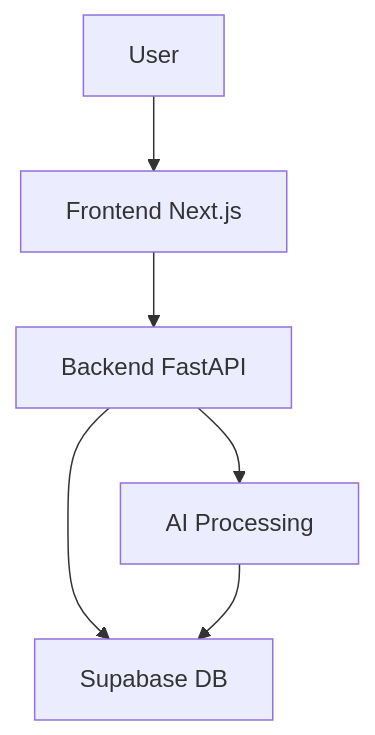
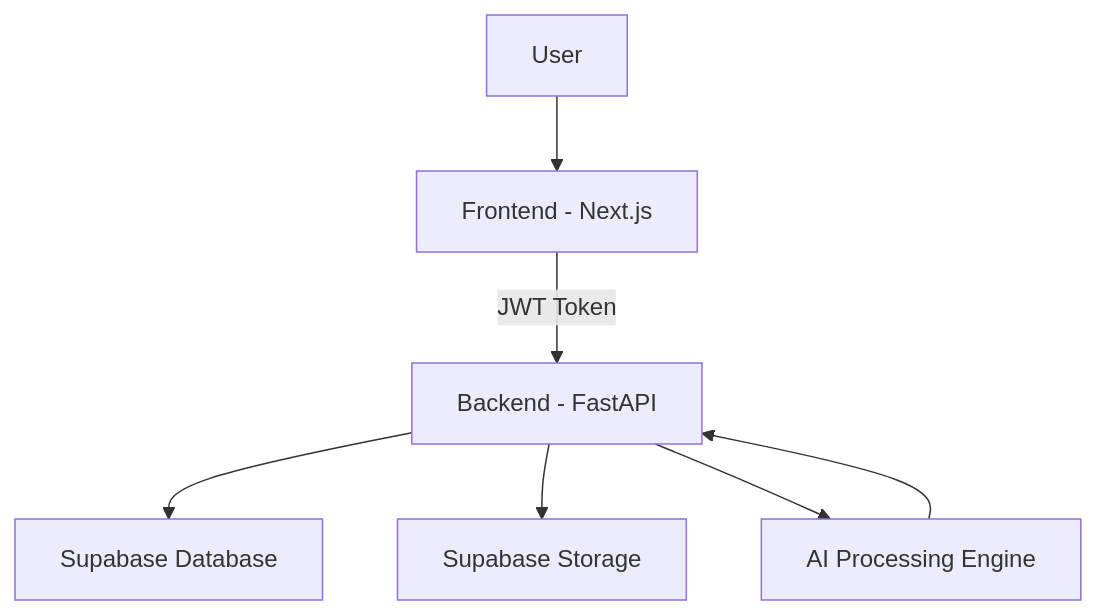
The diagram in README.md (sufiyan1406/ALIA---Ai-Life-Admin-Assistant), drawn with Mermaid before and after one commit. The commit also changed other lines of this file, not shown here.

````diff
--- a/README.md
+++ b/README.md
@@ -135,8 +64,9 @@
 ```mermaid
 flowchart TD
-    A[User] --> B[Frontend Next.js]
-    B --> C[Backend FastAPI]
-    C --> D[Supabase DB]
-    C --> E[AI Processing]
-    E --> D
+    A[User] --> B[Frontend - Next.js]
+    B -->|JWT Token| C[Backend - FastAPI]
+    C --> D[Supabase Database]
+    C --> E[Supabase Storage]
+    C --> F[AI Processing Engine]
+    F --> C
 ```
````
